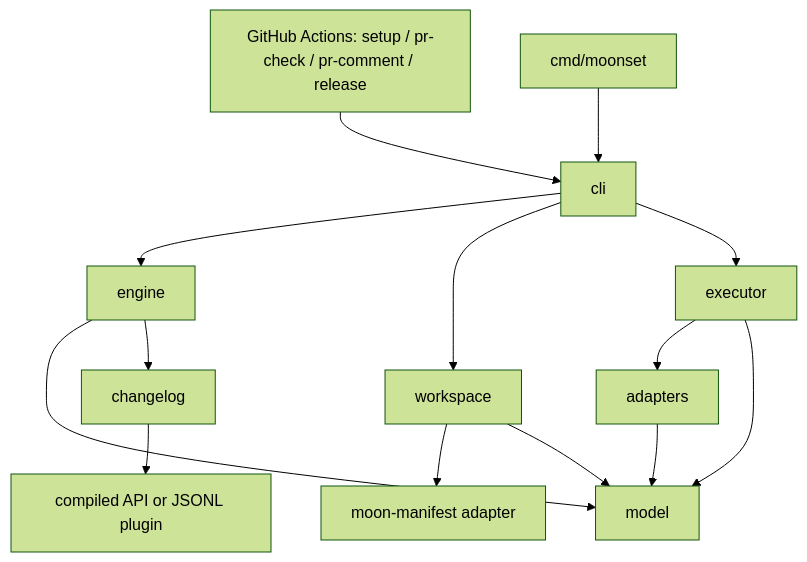
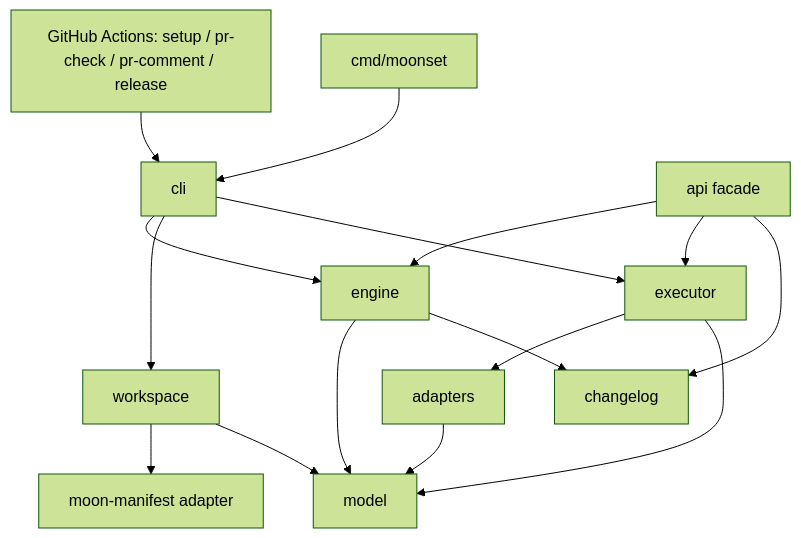
Before and after one commit to unmbt/moonset: the diagram in docs/architecture.md, drawn with Mermaid (forest theme). The commit also changed 120 other files, not shown here.

Commit message:
feat: converge v0.3.0 architecture, built-in UTF-8 native TUI, Changesets v3 pre/snapshot, and multi-ecosystem hardening

````diff
--- a/docs/architecture.md
+++ b/docs/architecture.md
@@ -7,16 +7,18 @@
 ```mermaid
 graph TD
   ACTIONS[GitHub Actions: setup / pr-check / pr-comment / release] --> CLI[cli]
   CMD[cmd/moonset] --> CLI
   CLI --> ENGINE[engine]
   CLI --> WS[workspace]
   CLI --> EXEC[executor]
   ENGINE --> MODEL[model]
   ENGINE --> CHANGELOG[changelog]
   WS --> MANIFEST[moon-manifest adapter]
   WS --> MODEL
   EXEC --> ADAPTERS[adapters]
   EXEC --> MODEL
-  CHANGELOG --> API[compiled API or JSONL plugin]
+  API[api facade] --> ENGINE
+  API --> EXEC
+  API --> CHANGELOG
   ADAPTERS --> MODEL
 ```
````
